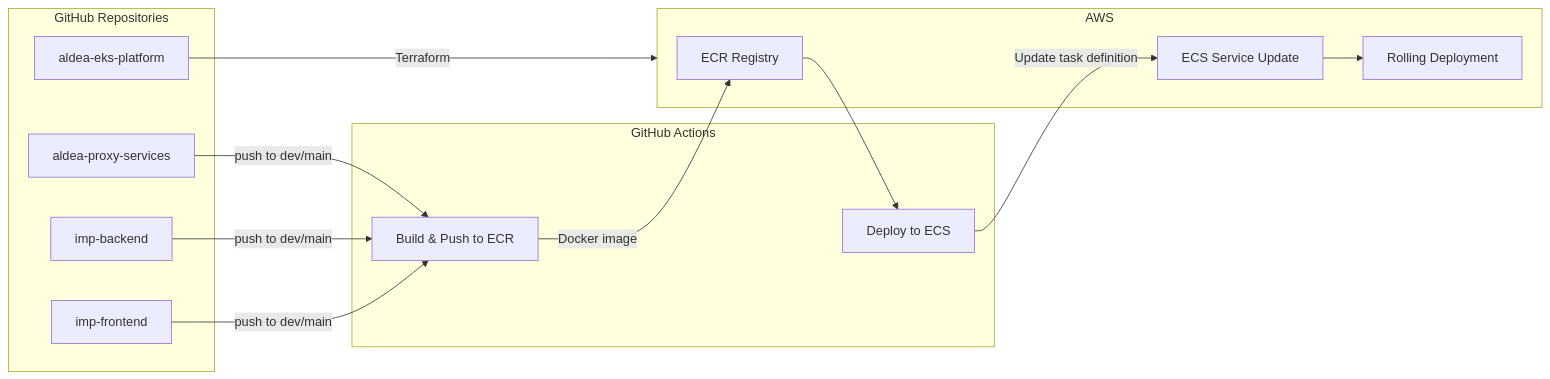
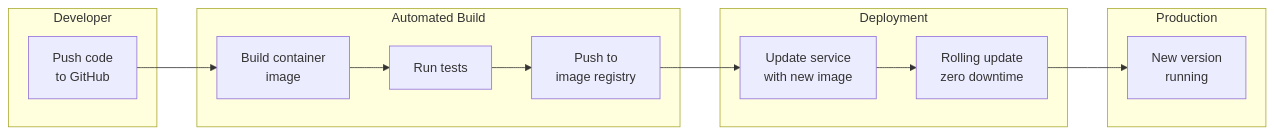
One commit to aldea-ai/infrastructure-docs changed the eighth of 8 diagrams in diagrams/ecs-architecture.md. Above: the diagram before and after it, drawn with Mermaid. The commit also changed other lines of this file and 3 other files, not shown here.

First line of the commit message:
Simplify diagrams for layman readability

````diff
--- a/diagrams/ecs-architecture.md
+++ b/diagrams/ecs-architecture.md
@@ -199,28 +265,23 @@
 ```mermaid
 flowchart LR
-    subgraph GitHub["GitHub Repositories"]
-        PROXY[aldea-proxy-services]
-        BACKEND[imp-backend]
-        FRONTEND[imp-frontend]
-        INFRA[aldea-eks-platform]
+    subgraph Dev["Developer"]
+        CODE[Push code<br/>to GitHub]
     end
 
-    subgraph GHA["GitHub Actions"]
-        BUILD[Build & Push to ECR]
-        DEPLOY[Deploy to ECS]
+    subgraph CI["Automated Build"]
+        BUILD[Build container<br/>image]
+        TEST[Run tests]
+        PUSH[Push to<br/>image registry]
     end
 
-    subgraph AWS["AWS"]
-        ECR[ECR Registry]
-        ECS[ECS Service Update]
-        ROLL[Rolling Deployment]
+    subgraph Deploy["Deployment"]
+        UPDATE[Update service<br/>with new image]
+        ROLL[Rolling update<br/>zero downtime]
     end
 
-    PROXY & BACKEND & FRONTEND -->|push to dev/main| BUILD
-    BUILD -->|Docker image| ECR
-    ECR --> DEPLOY
-    DEPLOY -->|Update task definition| ECS
-    ECS --> ROLL
+    subgraph Live["Production"]
+        NEW[New version<br/>running]
+    end
 
-    INFRA -->|Terraform| AWS
+    CODE --> BUILD --> TEST --> PUSH --> UPDATE --> ROLL --> NEW
 ```
````
